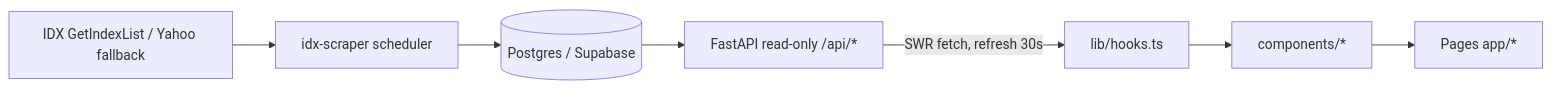
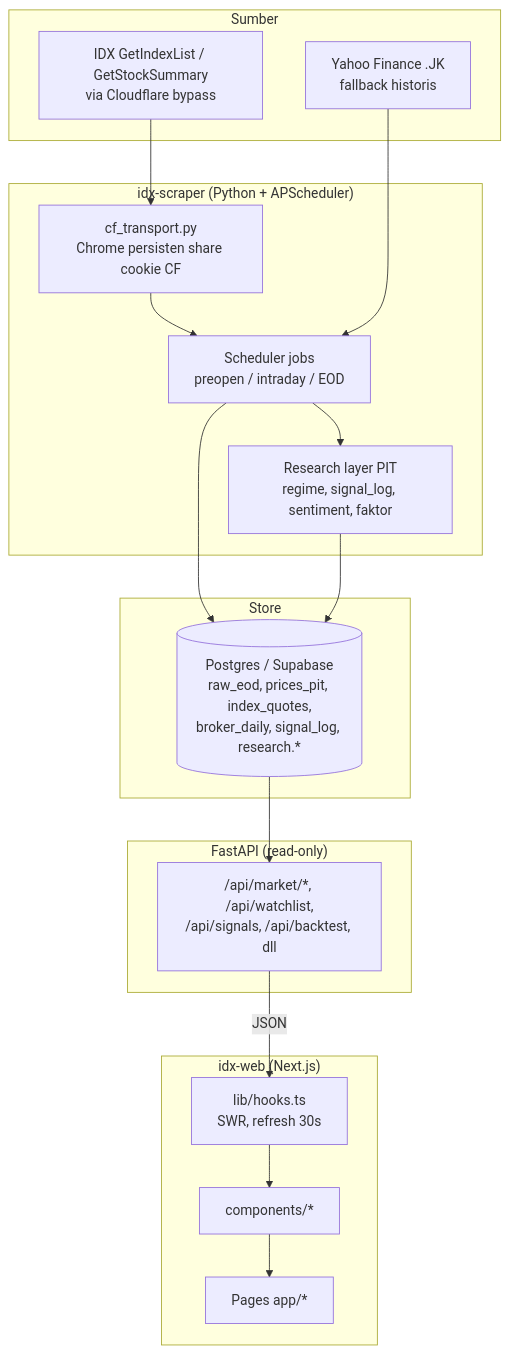
Before and after one commit to faizalajiw/idx-web: the second of 2 diagrams in README.md, drawn with Mermaid. The commit also changed other lines of this file, not shown here.

Commit message:
docs: expand data flow diagram with sources, ingest, store, API, web layers

````diff
--- a/README.md
+++ b/README.md
@@ -153,9 +153,34 @@
 ```mermaid
-flowchart LR
-  IDX[IDX GetIndexList / Yahoo fallback] --> SC[idx-scraper scheduler]
-  SC --> PG[(Postgres / Supabase)]
-  PG --> API[FastAPI read-only /api/*]
-  API -->|SWR fetch, refresh 30s| HK[lib/hooks.ts]
-  HK --> CMP[components/*]
-  CMP --> UI[Pages app/*]
+flowchart TD
+  subgraph Sumber
+    IDX[IDX GetIndexList / GetStockSummary<br/>via Cloudflare bypass]
+    YF[Yahoo Finance .JK<br/>fallback historis]
+  end
+
+  subgraph Ingest["idx-scraper (Python + APScheduler)"]
+    CF[cf_transport.py<br/>Chrome persisten share cookie CF]
+    JOB[Scheduler jobs<br/>preopen / intraday / EOD]
+    RESEARCH[Research layer PIT<br/>regime, signal_log, sentiment, faktor]
+  end
+
+  subgraph Store
+    PG[(Postgres / Supabase<br/>raw_eod, prices_pit, index_quotes,<br/>broker_daily, signal_log, research.*)]
+  end
+
+  subgraph API["FastAPI (read-only)"]
+    EP["/api/market/*, /api/watchlist,<br/>/api/signals, /api/backtest, dll"]
+  end
+
+  subgraph Web["idx-web (Next.js)"]
+    HOOKS[lib/hooks.ts<br/>SWR, refresh 30s]
+    CMP[components/*]
+    PAGE[Pages app/*]
+  end
+
+  IDX --> CF --> JOB
+  YF --> JOB
+  JOB --> PG
+  JOB --> RESEARCH --> PG
+  PG --> EP
+  EP -->|JSON| HOOKS --> CMP --> PAGE
 ```
````
